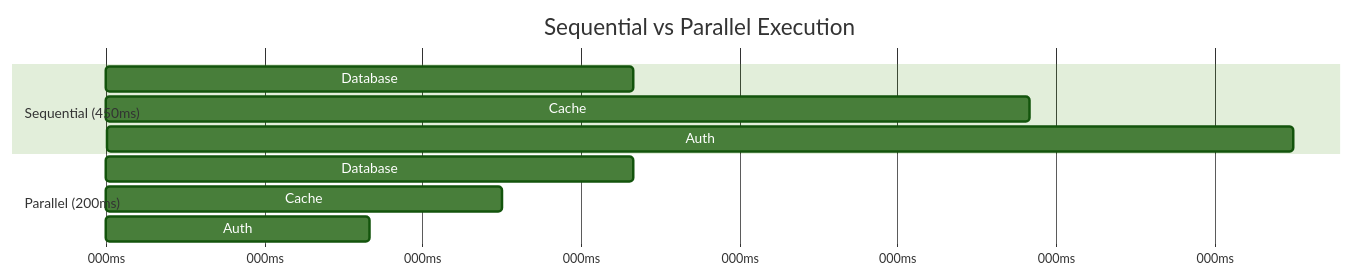
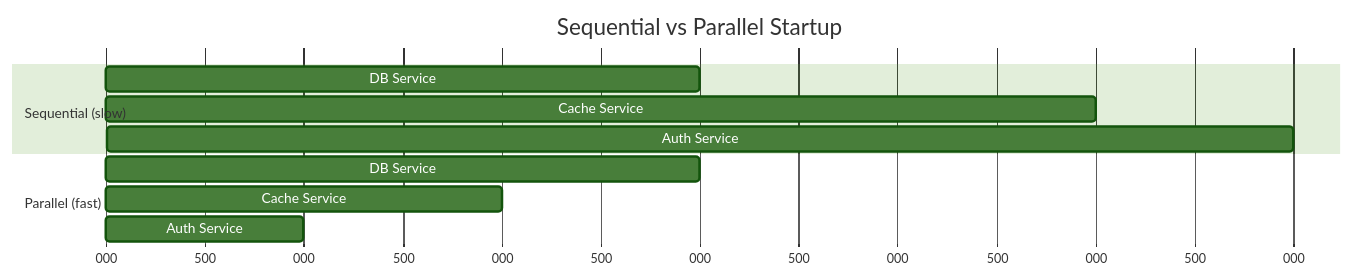
Before and after one commit to mazrean/kessoku: the diagram in README.md, drawn with Mermaid (forest theme). The commit also changed other lines of this file, not shown here.

````diff
--- a/README.md
+++ b/README.md
@@ -66,16 +29,16 @@
 ```mermaid
 gantt
-    title Sequential vs Parallel Execution
+    title Sequential vs Parallel Startup
     dateFormat X
-    axisFormat %Lms
+    axisFormat %L
     
-    section Sequential (450ms)
-    Database    :0, 200
-    Cache       :200, 350  
-    Auth        :350, 450
+    section Sequential (slow)
+    DB Service    :0, 3
+    Cache Service :3, 5  
+    Auth Service  :5, 6
     
-    section Parallel (200ms)
-    Database    :0, 200
-    Cache       :0, 150
-    Auth        :0, 100
+    section Parallel (fast)
+    DB Service    :0, 3
+    Cache Service :0, 2
+    Auth Service  :0, 1
 ```
````
